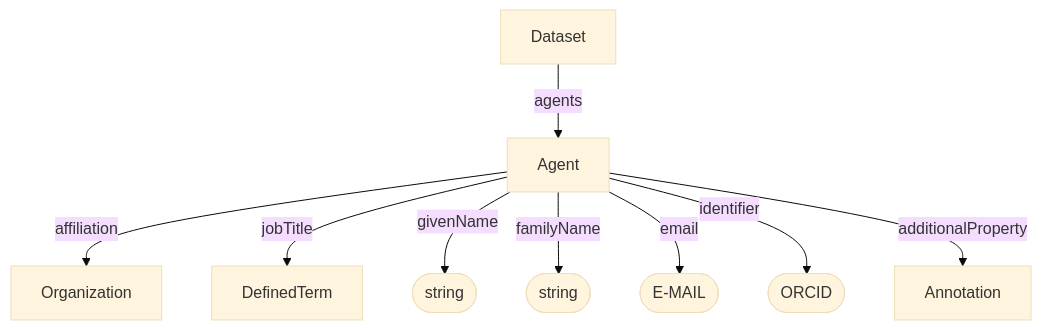
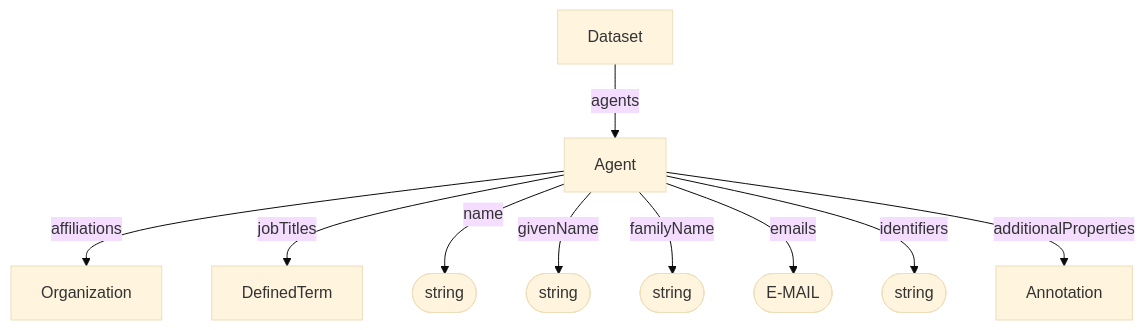
Before and after one commit to HLWeil/ARC-base-model: the diagram in docs/spec/administrative/Agent.md, drawn with Mermaid (base theme). The commit also changed other lines of this file and 1 other file, not shown here.

First line of the commit message:
docs: clarify administrative agent semantics and cardinalities

````diff
--- a/docs/spec/administrative/Agent.md
+++ b/docs/spec/administrative/Agent.md
@@ -30,17 +33,19 @@
 ```mermaid
 flowchart TD
 
+    n@{ shape: stadium, label: "string" }
     gn@{ shape: stadium, label: "string" }
     fn@{ shape: stadium, label: "string" }
     e@{ shape: stadium, label: "E-MAIL" }
-    i@{ shape: stadium, label: "ORCID" }
+    i@{ shape: stadium, label: "string" }
 
     Dataset --agents--> Agent
-    Agent --affiliation--> Organization
-    Agent --jobTitle--> DefinedTerm
+    Agent --affiliations--> Organization
+    Agent --jobTitles--> DefinedTerm
+    Agent --name--> n
     Agent --givenName--> gn
     Agent --familyName--> fn
-    Agent --email--> e
-    Agent --identifier--> i
-    Agent --additionalProperty--> Annotation
+    Agent --emails--> e
+    Agent --identifiers--> i
+    Agent --additionalProperties--> Annotation
 ```
````
